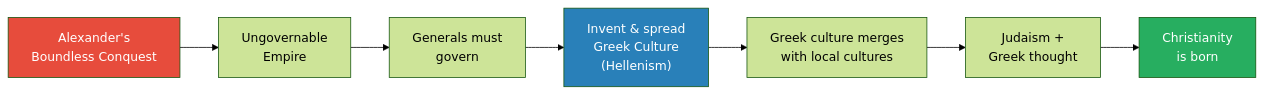
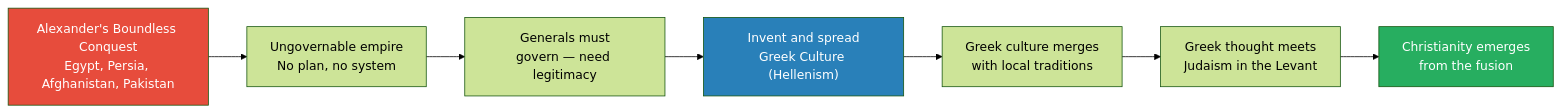
Before and after one commit to alius33/reader: the seventh of 7 diagrams in summaries/Lectures/Civilization/12 - The Tyranny of Alexander the Great.md, drawn with Mermaid (forest theme). The commit also changed other lines of this file and 26 other files, not shown here.

````diff
--- a/summaries/Lectures/Civilization/12 - The Tyranny of Alexander the Great.md
+++ b/summaries/Lectures/Civilization/12 - The Tyranny of Alexander the Great.md
@@ -391,12 +398,13 @@
 ```mermaid
 flowchart LR
-    A["Alexander's<br/>Boundless Conquest"] --> U["Ungovernable<br/>Empire"]
-    U --> G["Generals must<br/>govern"]
-    G --> H["Invent & spread<br/>Greek Culture<br/>(Hellenism)"]
-    H --> M["Greek culture merges<br/>with local cultures"]
-    M --> J["Judaism +<br/>Greek thought"]
-    J --> C["Christianity<br/>is born"]
+    A["Alexander's Boundless Conquest<br/>Egypt, Persia, Afghanistan, Pakistan"]
+    A --> U["Ungovernable empire<br/>No plan, no system"]
+    U --> G["Generals must<br/>govern — need legitimacy"]
+    G --> H["Invent and spread<br/>Greek Culture (Hellenism)"]
+    H --> M["Greek culture merges<br/>with local traditions"]
+    M --> J["Greek thought meets<br/>Judaism in the Levant"]
+    J --> C["Christianity emerges<br/>from the fusion"]
     style A fill:#e74c3c,color:#fff
     style H fill:#2980b9,color:#fff
     style C fill:#27ae60,color:#fff
 ```
````
